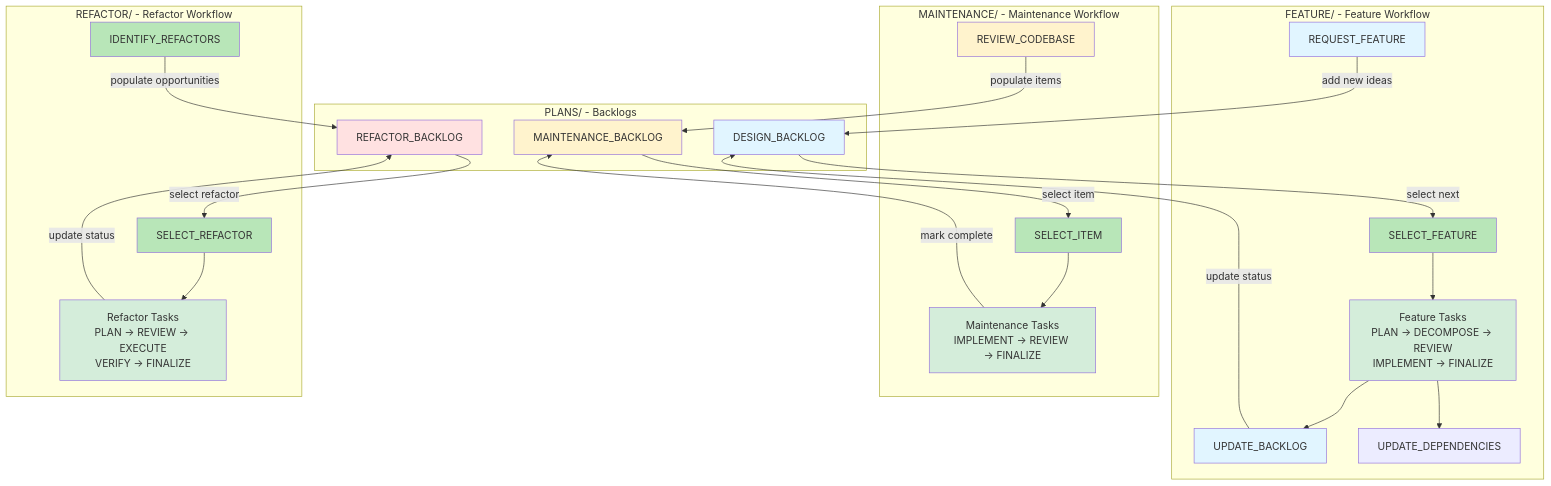
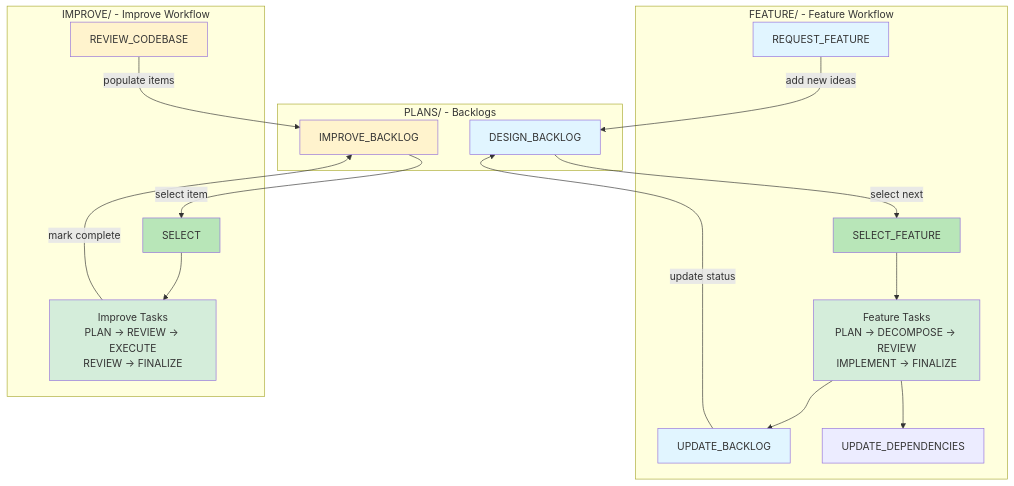
Before and after one commit to EvanLavender13/FrogLords: the diagram in TASKS/WORKFLOW.md, drawn with Mermaid. The commit also changed other lines of this file and 31 other files, not shown here.

First line of the commit message:
workflow: consolidate refactor and maintenance into improve workflow

````diff
--- a/TASKS/WORKFLOW.md
+++ b/TASKS/WORKFLOW.md
@@ -7,62 +7,45 @@
 ```mermaid
 graph TB
     subgraph Backlogs["PLANS/ - Backlogs"]
         DB[DESIGN_BACKLOG]
-        MB[MAINTENANCE_BACKLOG]
-        RB[REFACTOR_BACKLOG]
+        IB[IMPROVE_BACKLOG]
     end
 
     subgraph FeatureTasks["FEATURE/ - Feature Workflow"]
         RF[REQUEST_FEATURE]
         NF[SELECT_FEATURE]
         FW[Feature Tasks<br/>PLAN → DECOMPOSE → REVIEW<br/>IMPLEMENT → FINALIZE]
         UB[UPDATE_BACKLOG]
         UD[UPDATE_DEPENDENCIES]
     end
 
-    subgraph MaintenanceTasks["MAINTENANCE/ - Maintenance Workflow"]
+    subgraph ImproveTasks["IMPROVE/ - Improve Workflow"]
         RC[REVIEW_CODEBASE]
-        PI[SELECT_ITEM]
-        MW[Maintenance Tasks<br/>IMPLEMENT → REVIEW → FINALIZE]
-    end
-
-    subgraph RefactorTasks["REFACTOR/ - Refactor Workflow"]
-        IR[IDENTIFY_REFACTORS]
-        SR[SELECT_REFACTOR]
-        RW[Refactor Tasks<br/>PLAN → REVIEW → EXECUTE<br/>VERIFY → FINALIZE]
+        SI[SELECT]
+        IW[Improve Tasks<br/>PLAN → REVIEW → EXECUTE<br/>REVIEW → FINALIZE]
     end
 
     %% Feature workflow flows
     RF -->|add new ideas| DB
     DB -->|select next| NF
     NF --> FW
     FW --> UB
     FW --> UD
     UB -->|update status| DB
 
-    %% Maintenance workflow flows
-    RC -->|populate items| MB
-    MB -->|select item| PI
-    PI --> MW
-    MW -->|mark complete| MB
-
-    %% Refactor workflow flows
-    IR -->|populate opportunities| RB
-    RB -->|select refactor| SR
-    SR --> RW
-    RW -->|update status| RB
+    %% Improve workflow flows
+    RC -->|populate items| IB
+    IB -->|select item| SI
+    SI --> IW
+    IW -->|mark complete| IB
 
     style DB fill:#e1f5ff
-    style MB fill:#fff3cd
-    style RB fill:#ffe1e1
+    style IB fill:#fff3cd
     style FW fill:#d4edda
-    style MW fill:#d4edda
-    style RW fill:#d4edda
+    style IW fill:#d4edda
     style NF fill:#b8e6b8
-    style PI fill:#b8e6b8
-    style IR fill:#b8e6b8
-    style SR fill:#b8e6b8
+    style SI fill:#b8e6b8
     style RF fill:#e1f5ff
     style RC fill:#fff3cd
     style UB fill:#e1f5ff
 ```
````
